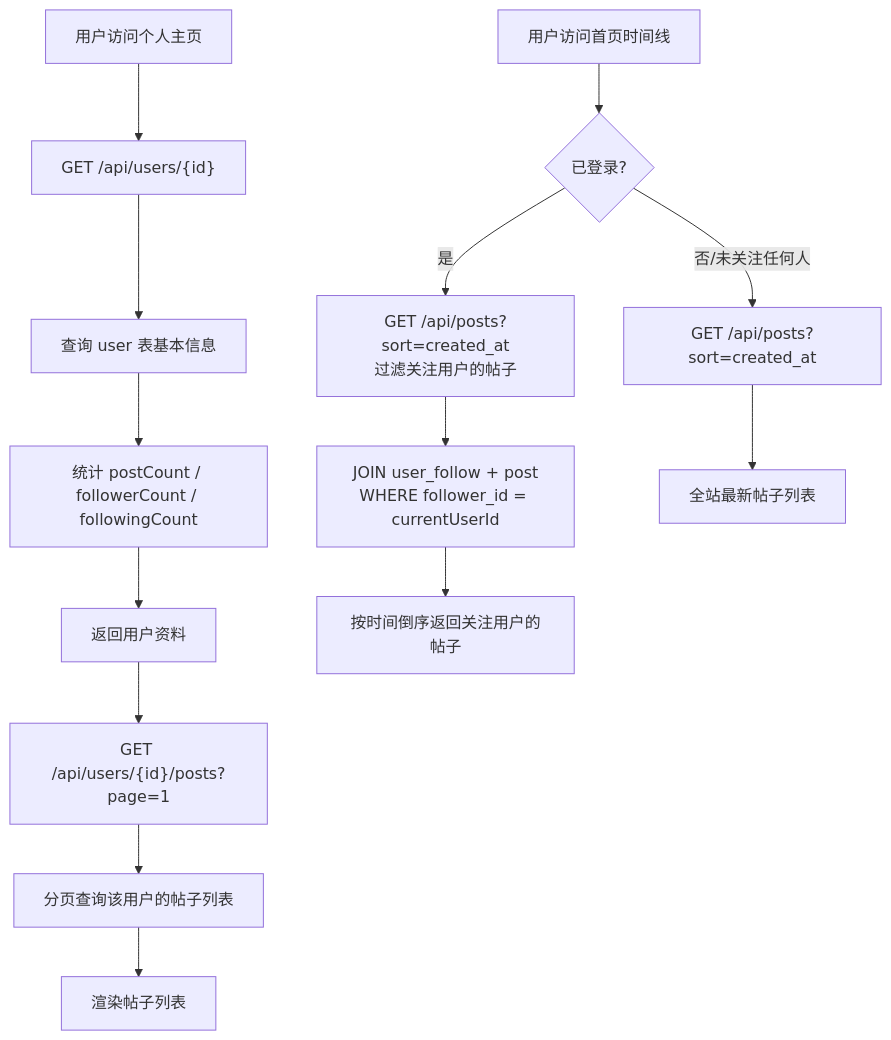
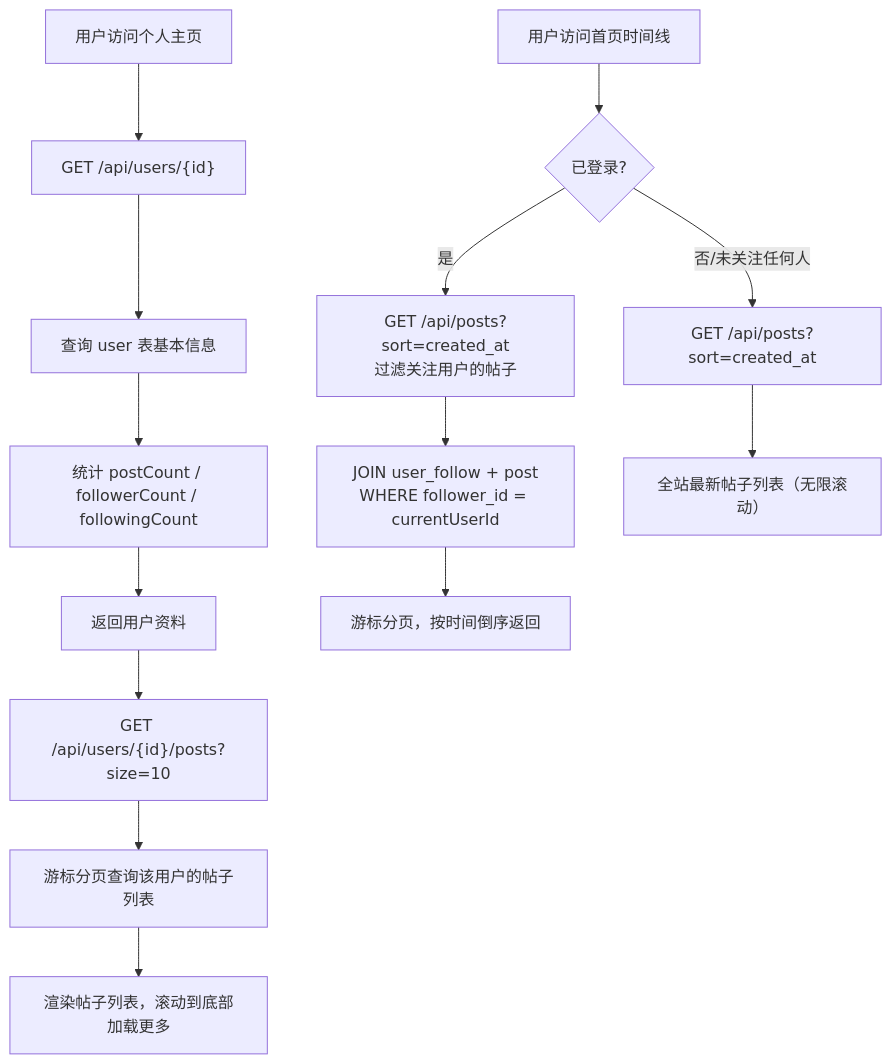
One commit to taciturn-hg/EchoSpace changed the tenth of 12 diagrams in docs/05-feature-flows.md. Above: the diagram before and after it, drawn with Mermaid. The commit also changed other lines of this file and 39 other files, not shown here.

````diff
--- a/docs/05-feature-flows.md
+++ b/docs/05-feature-flows.md
@@ -354,19 +354,19 @@
 ```mermaid
 flowchart TD
     A[用户访问个人主页] --> B["GET /api/users/{id}"]
     B --> C[查询 user 表基本信息]
     C --> D[统计 postCount / followerCount / followingCount]
     D --> E[返回用户资料]
 
-    E --> F["GET /api/users/{id}/posts?page=1"]
-    F --> G[分页查询该用户的帖子列表]
-    G --> H[渲染帖子列表]
+    E --> F["GET /api/users/{id}/posts?size=10"]
+    F --> G[游标分页查询该用户的帖子列表]
+    G --> H[渲染帖子列表，滚动到底部加载更多]
 
     I[用户访问首页时间线] --> J{已登录?}
-    J -->|是| K[GET /api/posts?sort=created_at<br>过滤关注用户的帖子]
+    J -->|是| K["GET /api/posts?sort=created_at<br>过滤关注用户的帖子"]
     K --> L[JOIN user_follow + post<br>WHERE follower_id = currentUserId]
-    L --> M[按时间倒序返回关注用户的帖子]
+    L --> M[游标分页，按时间倒序返回]
 
-    J -->|否/未关注任何人| N[GET /api/posts?sort=created_at]
-    N --> O[全站最新帖子列表]
+    J -->|否/未关注任何人| N["GET /api/posts?sort=created_at"]
+    N --> O[全站最新帖子列表（无限滚动）]
 ```
````
